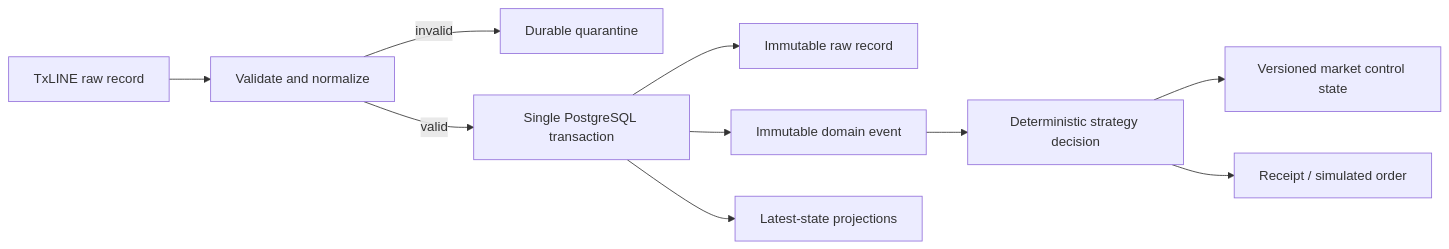
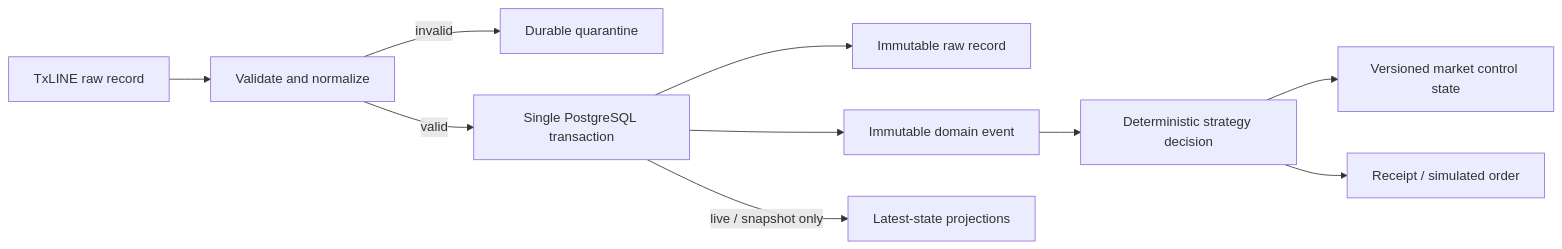
The diagram in docs/domain-model.md (stunt101harm/lag-shield), drawn with Mermaid before and after one commit. The commit also changed other lines of this file and 37 other files, not shown here.

````diff
--- a/docs/domain-model.md
+++ b/docs/domain-model.md
@@ -58,12 +58,12 @@
 ```mermaid
 flowchart LR
   A["TxLINE raw record"] --> B["Validate and normalize"]
   B -->|invalid| Q["Durable quarantine"]
   B -->|valid| T["Single PostgreSQL transaction"]
   T --> R["Immutable raw record"]
   T --> E["Immutable domain event"]
-  T --> P["Latest-state projections"]
+  T -->|live / snapshot only| P["Latest-state projections"]
   E --> D["Deterministic strategy decision"]
   D --> S["Versioned market control state"]
   D --> C["Receipt / simulated order"]
 ```
````
